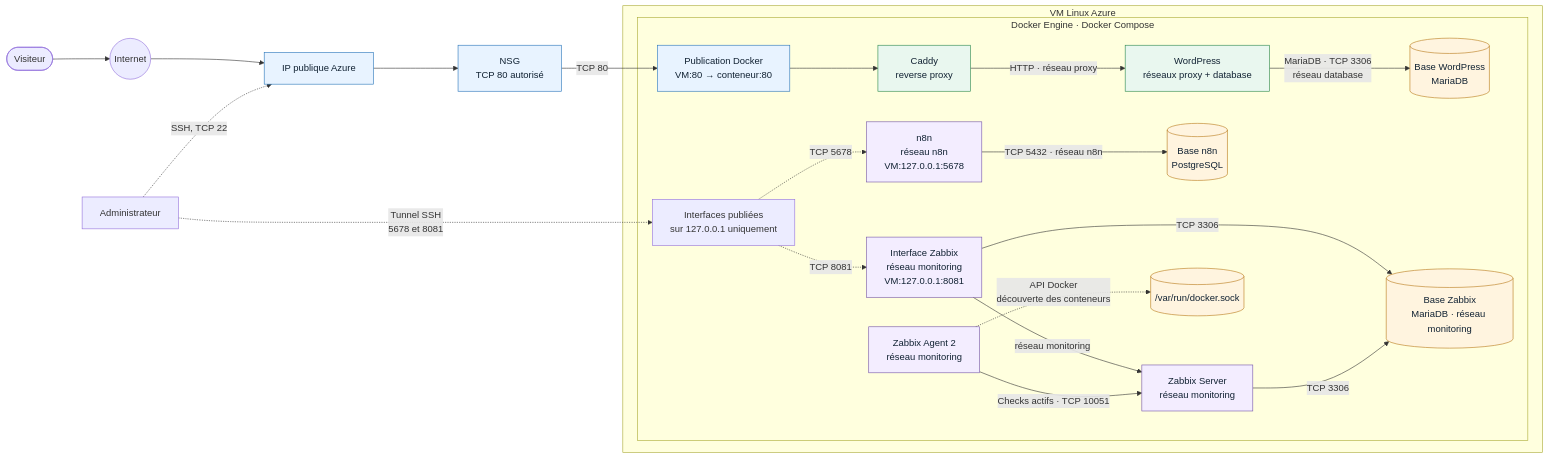
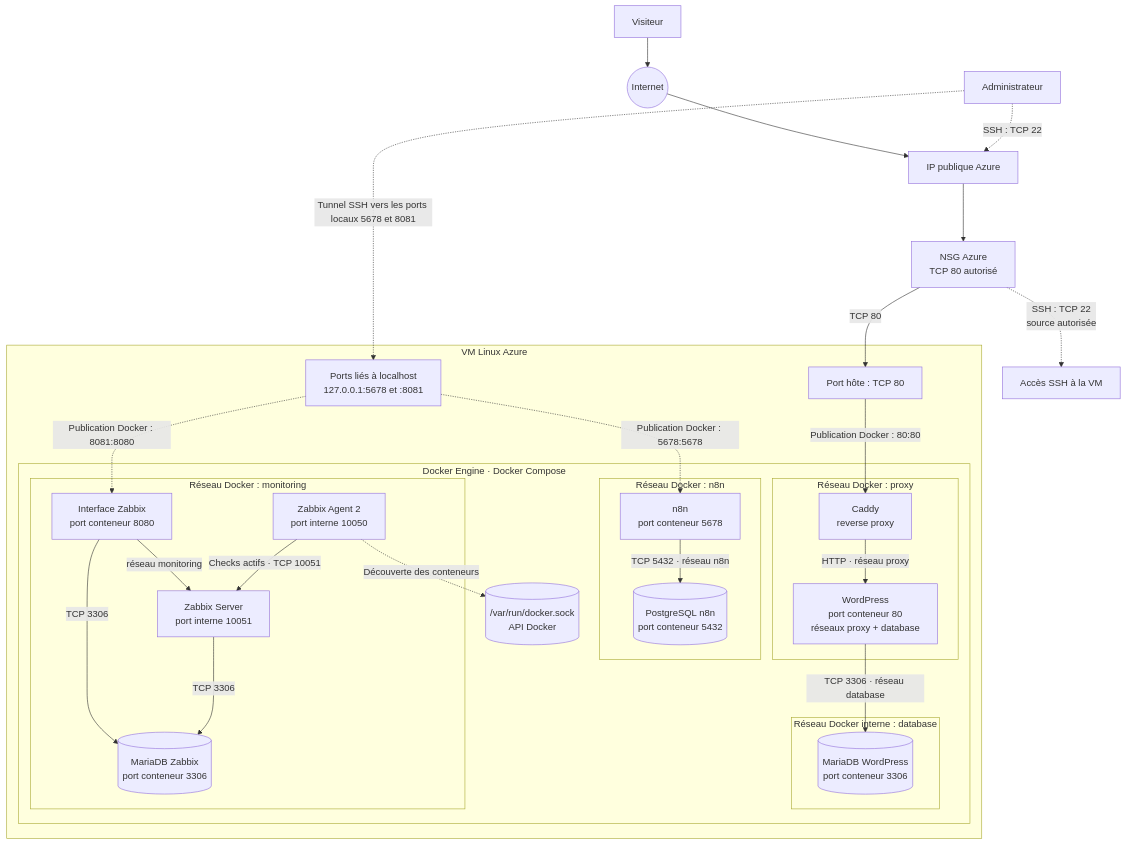
Before and after one commit to Sam-Radji/Groupe1: the diagram in README.md, drawn with Mermaid.

Commit message:
Restore grouped architecture diagram style

````diff
--- a/README.md
+++ b/README.md
@@ -18,43 +18,50 @@
 ```mermaid
-flowchart LR
-    Visitor([Visiteur]) --> Internet((Internet))
-    Internet --> PublicIP[IP publique Azure]
-    PublicIP --> NSG["NSG<br/>TCP 80 autorisé"]
-    NSG -->|"TCP 80"| HostPort["Publication Docker<br/>VM:80 → conteneur:80"]
-
-    Admin["Administrateur"] -. "SSH, TCP 22" .-> PublicIP
-    Admin -. "Tunnel SSH<br/>5678 et 8081" .-> Loopback
+flowchart TB
+    Visitor[Visiteur] --> Internet((Internet)) --> PublicIP[IP publique Azure]
+    Admin[Administrateur] -. "SSH : TCP 22" .-> PublicIP
+    PublicIP --> NSG["NSG Azure<br/>TCP 80 autorisé"]
+    NSG -->|"TCP 80"| HostHTTP["Port hôte : TCP 80"]
+    NSG -. "SSH : TCP 22<br/>source autorisée" .-> SSHHost["Accès SSH à la VM"]
+    Admin -. "Tunnel SSH vers les ports locaux 5678 et 8081" .-> Loopback
 
     subgraph VM["VM Linux Azure"]
+        HostHTTP -->|"Publication Docker : 80:80"| Caddy
+        Loopback["Ports liés à localhost<br/>127.0.0.1:5678 et :8081"]
+        Loopback -. "Publication Docker : 5678:5678" .-> N8N
+        Loopback -. "Publication Docker : 8081:8080" .-> ZabbixWeb
+
         subgraph Engine["Docker Engine · Docker Compose"]
-            HostPort --> Caddy["Caddy<br/>reverse proxy"]
-            Caddy -->|"HTTP · réseau proxy"| WordPress["WordPress<br/>réseaux proxy + database"]
-            WordPress -->|"MariaDB · TCP 3306<br/>réseau database"| WPDB[("Base WordPress<br/>MariaDB")]
+            subgraph proxy_net["Réseau Docker : proxy"]
+                Caddy["Caddy<br/>reverse proxy"]
+                WordPress["WordPress<br/>port conteneur 80<br/>réseaux proxy + database"]
+            end
 
-            N8N["n8n<br/>réseau n8n<br/>VM:127.0.0.1:5678"]
-            N8N -->|"TCP 5432 · réseau n8n"| N8NDB[("Base n8n<br/>PostgreSQL")]
+            subgraph wp_db_net["Réseau Docker interne : database"]
+                WPDB[("MariaDB WordPress<br/>port conteneur 3306")]
+            end
 
-            ZabbixWeb["Interface Zabbix<br/>réseau monitoring<br/>VM:127.0.0.1:8081"]
-            ZabbixWeb -->|"réseau monitoring"| ZabbixServer["Zabbix Server<br/>réseau monitoring"]
-            ZabbixWeb -->|"TCP 3306"| ZabbixDB[("Base Zabbix<br/>MariaDB · réseau monitoring")]
-            ZabbixServer -->|"TCP 3306"| ZabbixDB
-            ZabbixAgent["Zabbix Agent 2<br/>réseau monitoring"]
-            ZabbixAgent -->|"Checks actifs · TCP 10051"| ZabbixServer
+            subgraph n8n_net["Réseau Docker : n8n"]
+                N8N["n8n<br/>port conteneur 5678"]
+                N8NDB[("PostgreSQL n8n<br/>port conteneur 5432")]
+            end
 
-            DockerSocket[("/var/run/docker.sock")]
-            ZabbixAgent -. "API Docker<br/>découverte des conteneurs" .-> DockerSocket
-            Loopback["Interfaces publiées<br/>sur 127.0.0.1 uniquement"]
-            Loopback -. "TCP 5678" .-> N8N
-            Loopback -. "TCP 8081" .-> ZabbixWeb
+            subgraph monitoring_net["Réseau Docker : monitoring"]
+                ZabbixWeb["Interface Zabbix<br/>port conteneur 8080"]
+                ZabbixServer["Zabbix Server<br/>port interne 10051"]
+                ZabbixDB[("MariaDB Zabbix<br/>port conteneur 3306")]
+                ZabbixAgent["Zabbix Agent 2<br/>port interne 10050"]
+            end
+
+            DockerSocket[("/var/run/docker.sock<br/>API Docker")]
         end
+
+        Caddy -->|"HTTP · réseau proxy"| WordPress
+        WordPress -->|"TCP 3306 · réseau database"| WPDB
+        N8N -->|"TCP 5432 · réseau n8n"| N8NDB
+        ZabbixWeb -->|"réseau monitoring"| ZabbixServer
+        ZabbixWeb -->|"TCP 3306"| ZabbixDB
+        ZabbixServer -->|"TCP 3306"| ZabbixDB
+        ZabbixAgent -->|"Checks actifs · TCP 10051"| ZabbixServer
+        ZabbixAgent -. "Découverte des conteneurs" .-> DockerSocket
     end
-
-    classDef public fill:#e8f3ff,stroke:#2673b8,color:#123;
-    classDef proxy fill:#e9f7ef,stroke:#27864a,color:#123;
-    classDef private fill:#f3edff,stroke:#7353a6,color:#123;
-    classDef database fill:#fff4df,stroke:#b87918,color:#123;
-    class PublicIP,NSG,HostPort public;
-    class Caddy,WordPress proxy;
-    class N8N,ZabbixWeb,ZabbixServer,ZabbixAgent private;
-    class WPDB,N8NDB,ZabbixDB,DockerSocket database;
 ```
````
